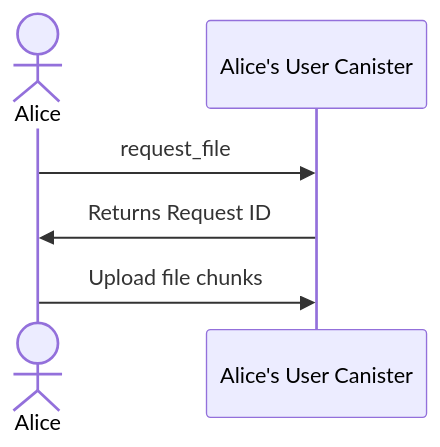
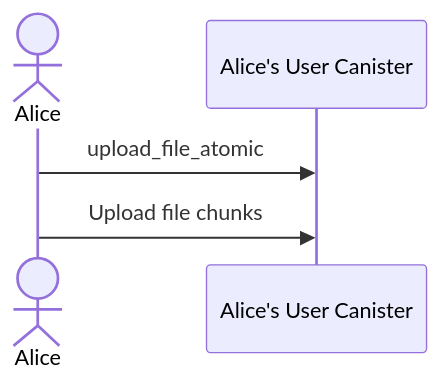
One commit to icp-hub-it/ic-docutrack changed the second of 7 diagrams in docs/flows.md. Above: the diagram before and after it, drawn with Mermaid.

````diff
--- a/docs/flows.md
+++ b/docs/flows.md
@@ -30,9 +30,8 @@
 ```mermaid
 sequenceDiagram
     actor A as Alice
     participant UC as Alice's User Canister
-    A->>UC: request_file
-    UC->>A: Returns Request ID
+    A->>UC: upload_file_atomic
     A->>UC: Upload file chunks
 
 ```
````
